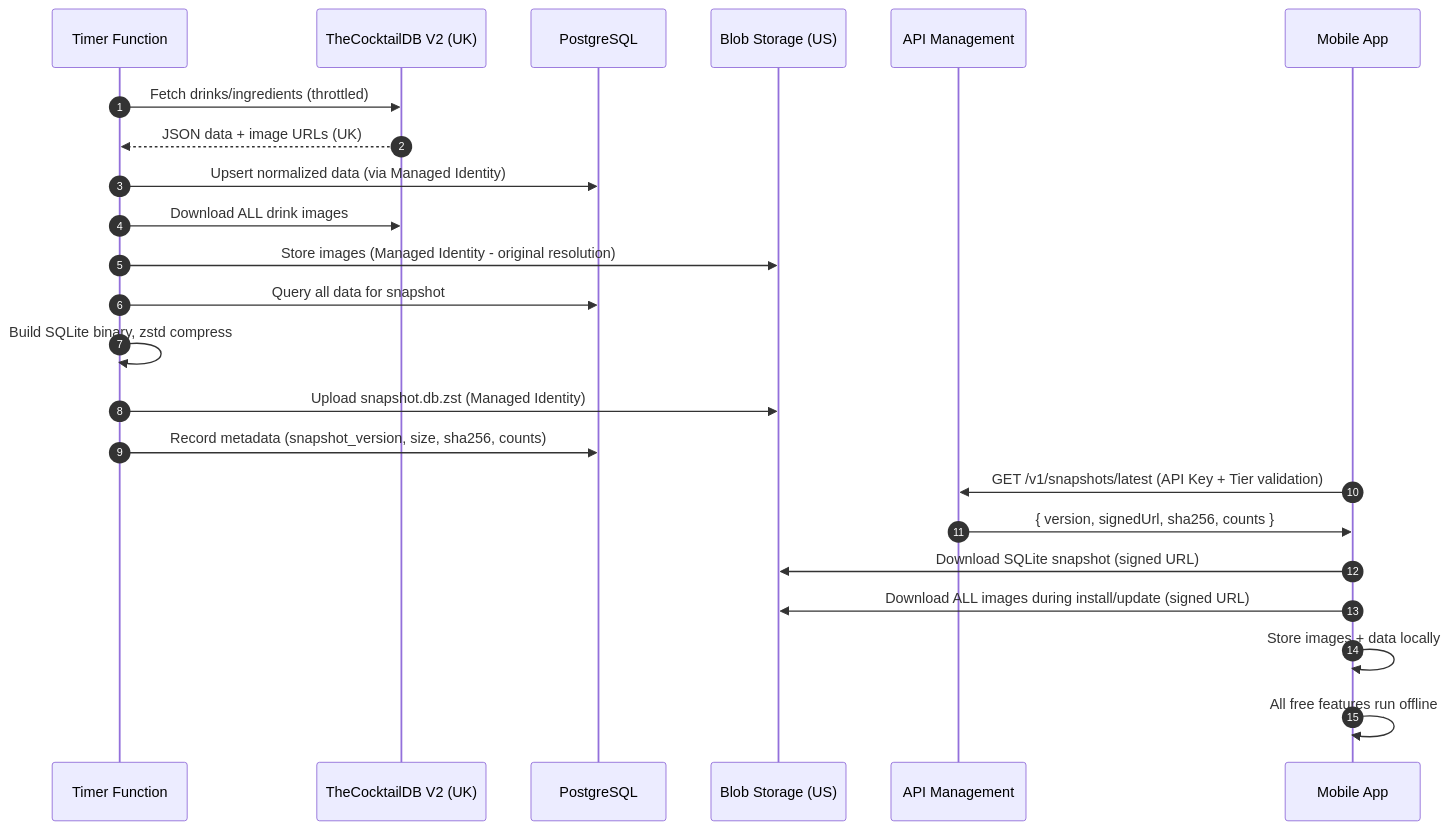
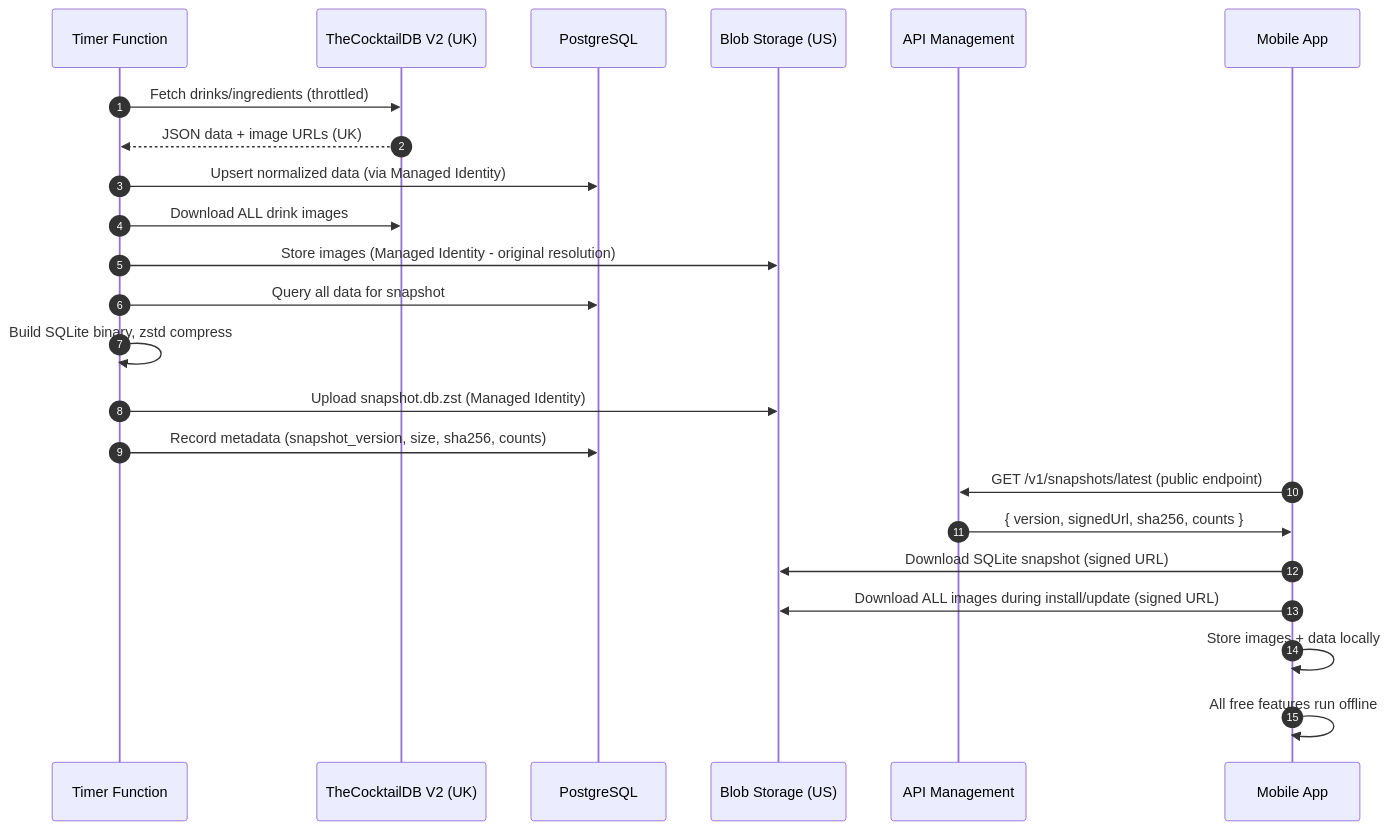
Before and after one commit to gwhitley1969/mybartenderAI-MVP: the second of 2 diagrams in docs/ARCHITECTURE.md, drawn with Mermaid. The commit also changed other lines of this file and 1 other file, not shown here.

First line of the commit message:
docs: Update authentication docs - JWT-only (no APIM subscription keys)

````diff
--- a/docs/ARCHITECTURE.md
+++ b/docs/ARCHITECTURE.md
@@ -374,26 +364,26 @@
 ```mermaid
 sequenceDiagram
   autonumber
   participant T as Timer Function
   participant CDB as TheCocktailDB V2 (UK)
   participant PG as PostgreSQL
   participant BL as Blob Storage (US)
   participant APIM as API Management
   participant M as Mobile App
 
   T->>CDB: Fetch drinks/ingredients (throttled)
   CDB-->>T: JSON data + image URLs (UK)
   T->>PG: Upsert normalized data (via Managed Identity)
   T->>CDB: Download ALL drink images
   T->>BL: Store images (Managed Identity - original resolution)
   T->>PG: Query all data for snapshot
   T->>T: Build SQLite binary, zstd compress
   T->>BL: Upload snapshot.db.zst (Managed Identity)
   T->>PG: Record metadata (snapshot_version, size, sha256, counts)
-  M->>APIM: GET /v1/snapshots/latest (API Key + Tier validation)
+  M->>APIM: GET /v1/snapshots/latest (public endpoint)
   APIM->>M: { version, signedUrl, sha256, counts }
   M->>BL: Download SQLite snapshot (signed URL)
   M->>BL: Download ALL images during install/update (signed URL)
   M->>M: Store images + data locally
   M->>M: All free features run offline
 ```
````
